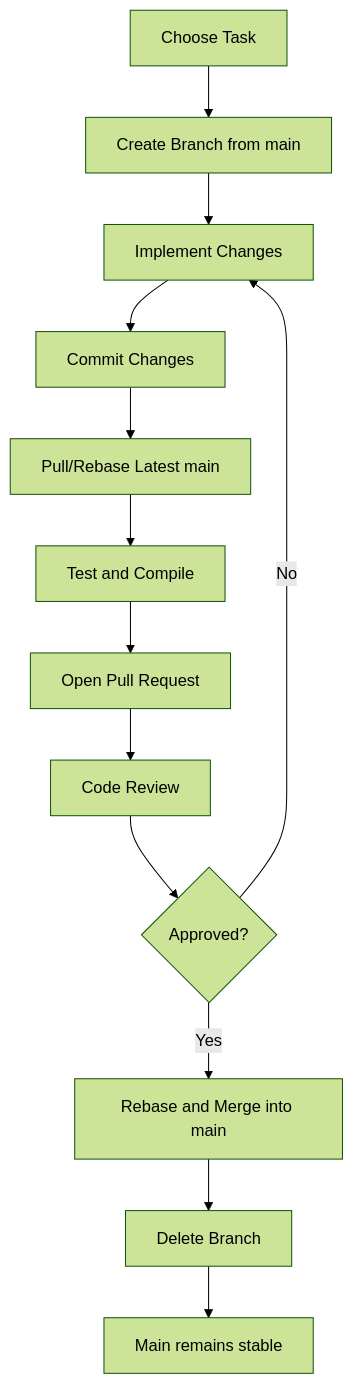
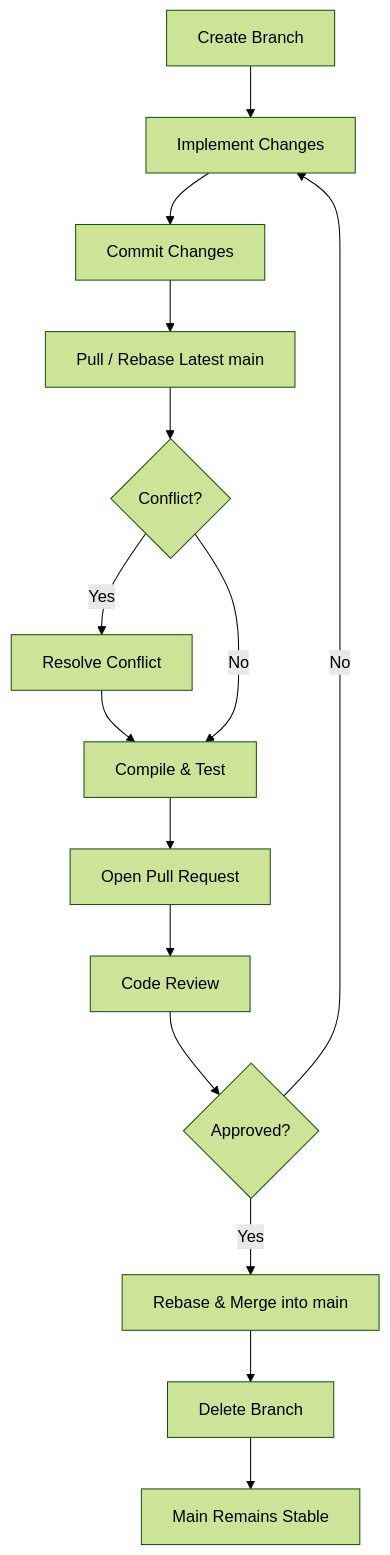
The diagram in gitworkflow_effection.md (KaiSuf/Invaders-SDP-23621), drawn with Mermaid (forest theme) before and after one commit. The commit also changed other lines of this file, not shown here.

````diff
--- a/gitworkflow_effection.md
+++ b/gitworkflow_effection.md
@@ -208,15 +210,17 @@
 ```mermaid
 flowchart TD
-    A[Choose Task] --> B[Create Branch from main]
-    B --> C[Implement Changes]
-    C --> D[Commit Changes]
-    D --> E[Pull/Rebase Latest main]
-    E --> F[Test and Compile]
-    F --> G[Open Pull Request]
-    G --> H[Code Review]
-    H --> I{Approved?}
-    I -- No --> C
-    I -- Yes --> J[Rebase and Merge into main]
-    J --> K[Delete Branch]
-    K --> L[Main remains stable]
+    A[Create Branch] --> B[Implement Changes]
+    B --> C[Commit Changes]
+    C --> D[Pull / Rebase Latest main]
+    D --> E{Conflict?}
+    E -- Yes --> F[Resolve Conflict]
+    F --> G[Compile & Test]
+    E -- No --> G
+    G --> H[Open Pull Request]
+    H --> I[Code Review]
+    I --> J{Approved?}
+    J -- No --> B
+    J -- Yes --> K[Rebase & Merge into main]
+    K --> L[Delete Branch]
+    L --> M[Main Remains Stable]
 ```
````
